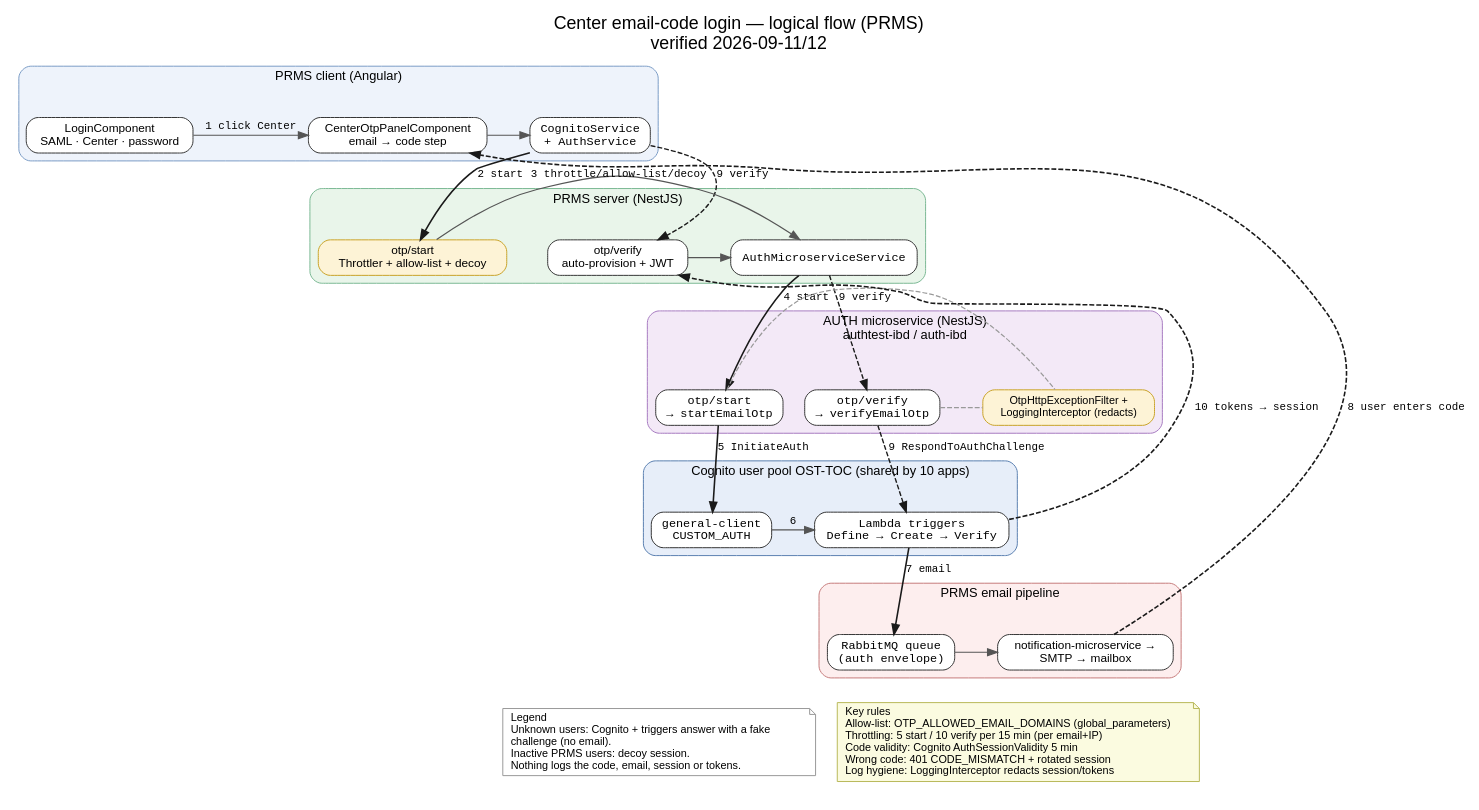
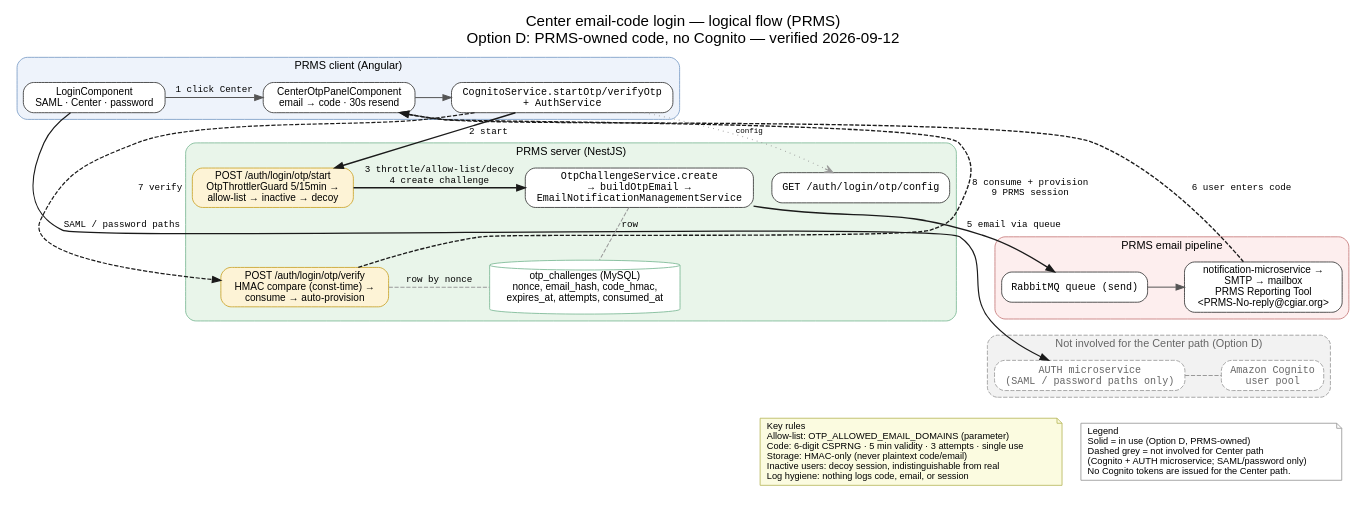
The diagram in docs/auth/center-email-code-login/diagrams/architecture.dot (AllianceBioversityCIAT/onecgiar_pr), drawn with Graphviz before and after one commit. The commit also changed 9 other files, not shown here.

Commit message:
📝 docs(auth) [OTP rev 4]: rewrite the Center email-code login docs for Option D — PRMS-owned code, no Cognito; PROD runbook = deploy PRMS + parameter; infrastructure notes; adoption guide; regenerated diagrams

```diff
--- a/docs/auth/center-email-code-login/diagrams/architecture.dot
+++ b/docs/auth/center-email-code-login/diagrams/architecture.dot
@@ -1,126 +1,116 @@
 digraph CenterEmailCodeLoginArchitecture {
   rankdir=TB;
   newrank=true;
   bgcolor="white";
   fontname="Helvetica";
   labelloc="t";
   fontsize=18;
-  label="Center email-code login — logical flow (PRMS)\nverified 2026-09-11/12";
+  label="Center email-code login — logical flow (PRMS)\nOption D: PRMS-owned code, no Cognito — verified 2026-09-12";
   nodesep=0.3;
   ranksep=0.4;
+  size="19,40";
+  ratio=compress;
 
   node [fontname="Helvetica" shape=box style="rounded,filled" fillcolor="#ffffff" color="#333333" fontsize=12];
   edge [fontname="Courier" fontsize=11 color="#555555" penwidth=1.2];
 
   /* ---------- PRMS client (Angular) — row 1 ---------- */
   subgraph cluster_client {
     label="PRMS client (Angular)";
     style="filled,rounded";
     fillcolor="#eef3fb";
     color="#7a9cc6";
     fontsize=13;
 
     Login [label="LoginComponent\nSAML · Center · password"];
-    OtpPanel [label="CenterOtpPanelComponent\nemail → code step"];
-    CognitoAuth [label="CognitoService\n+ AuthService" fontname="Courier"];
+    OtpPanel [label="CenterOtpPanelComponent\nemail → code · 30s resend"];
+    CognitoAuth [label="CognitoService.startOtp/verifyOtp\n+ AuthService" fontname="Courier"];
 
     { rank=same; Login; OtpPanel; CognitoAuth; }
     Login -> OtpPanel [label="1 click Center"];
     OtpPanel -> CognitoAuth;
   }
 
   /* ---------- PRMS server (NestJS) — row 2 ---------- */
   subgraph cluster_server {
     label="PRMS server (NestJS)";
     style="filled,rounded";
     fillcolor="#e9f5ea";
     color="#7ab894";
     fontsize=13;
 
-    StartNode [label="otp/start\nThrottler + allow-list + decoy" style="rounded,filled" fillcolor="#fdf3d6" color="#c9a227"];
-    VerifyNode [label="otp/verify\nauto-provision + JWT"];
-    MsClient [label="AuthMicroserviceService" fontname="Courier"];
+    ConfigNode [label="GET /auth/login/otp/config" fontname="Courier"];
+    StartNode [label="POST /auth/login/otp/start\nOtpThrottlerGuard 5/15min →\nallow-list → inactive → decoy" style="rounded,filled" fillcolor="#fdf3d6" color="#c9a227"];
+    ChallengeSvc [label="OtpChallengeService.create\n→ buildOtpEmail →\nEmailNotificationManagementService" fontname="Courier"];
+    VerifyNode [label="POST /auth/login/otp/verify\nHMAC compare (const-time) →\nconsume → auto-provision" style="rounded,filled" fillcolor="#fdf3d6" color="#c9a227"];
+    OtpTable [label="otp_challenges (MySQL)\nnonce, email_hash, code_hmac,\nexpires_at, attempts, consumed_at" shape=cylinder style="filled" fillcolor="#ffffff" color="#7ab894"];
 
-    { rank=same; StartNode; VerifyNode; MsClient; }
-    StartNode -> MsClient [label="3 throttle/allow-list/decoy"];
-    VerifyNode -> MsClient;
+    { rank=same; ConfigNode; StartNode; ChallengeSvc; }
+    { rank=same; VerifyNode; OtpTable; }
+
+    ChallengeSvc -> OtpTable [label="row" style=dashed color="#999999" arrowhead=none];
+    VerifyNode -> OtpTable [label="row by nonce" style=dashed color="#999999" arrowhead=none];
   }
 
-  /* ---------- AUTH microservice — row 3 ---------- */
-  subgraph cluster_authms {
-    label="AUTH microservice (NestJS)\nauthtest-ibd / auth-ibd";
-    style="filled,rounded";
-    fillcolor="#f3e9f7";
-    color="#a67ac0";
-    fontsize=13;
-
-    MsStart [label="otp/start\n→ startEmailOtp" fontname="Courier"];
-    MsVerify [label="otp/verify\n→ verifyEmailOtp" fontname="Courier"];
-    UtilNote [label="OtpHttpExceptionFilter +\nLoggingInterceptor (redacts)" fontsize=11 style="rounded,filled" fillcolor="#fdf3d6" color="#c9a227"];
-
-    { rank=same; MsStart; MsVerify; UtilNote; }
-    MsStart -> UtilNote [style=dashed arrowhead=none color="#999999"];
-    MsVerify -> UtilNote [style=dashed arrowhead=none color="#999999"];
-  }
-
-  /* ---------- Cognito user pool — row 4 ---------- */
-  subgraph cluster_cognito {
-    label="Cognito user pool OST-TOC (shared by 10 apps)";
-    style="filled,rounded";
-    fillcolor="#e7eef9";
-    color="#5a7fb0";
-    fontsize=13;
-
-    AppClient [label="general-client\nCUSTOM_AUTH" fontname="Courier"];
-    Triggers [label="Lambda triggers\nDefine → Create → Verify" fontname="Courier"];
-
-    { rank=same; AppClient; Triggers; }
-    AppClient -> Triggers [label="6"];
-  }
-
-  /* ---------- PRMS email pipeline — row 5 ---------- */
+  /* ---------- PRMS email pipeline — row 3 ---------- */
   subgraph cluster_email {
     label="PRMS email pipeline";
     style="filled,rounded";
     fillcolor="#fdeeee";
     color="#c67a7a";
     fontsize=13;
 
-    Queue [label="RabbitMQ queue\n(auth envelope)" fontname="Courier"];
-    Pipeline [label="notification-microservice →\nSMTP → mailbox"];
+    Queue [label="RabbitMQ queue (send)" fontname="Courier"];
+    Pipeline [label="notification-microservice →\nSMTP → mailbox\nPRMS Reporting Tool\n<PRMS-No-reply@cgiar.org>"];
 
     { rank=same; Queue; Pipeline; }
     Queue -> Pipeline;
   }
 
+  /* ---------- Not involved for Center path (Option D) — row 4 ---------- */
+  subgraph cluster_not_involved {
+    label="Not involved for the Center path (Option D)";
+    style="filled,rounded,dashed";
+    fillcolor="#f2f2f2";
+    color="#999999";
+    fontsize=13;
+    fontcolor="#666666";
+
+    CognitoPool [label="Amazon Cognito\nuser pool" fontname="Courier" style="rounded,dashed,filled" fillcolor="#ffffff" color="#999999" fontcolor="#666666"];
+    AuthMs [label="AUTH microservice\n(SAML / password paths only)" fontname="Courier" style="rounded,dashed,filled" fillcolor="#ffffff" color="#999999" fontcolor="#666666"];
+
+    { rank=same; AuthMs; CognitoPool; }
+    AuthMs -> CognitoPool [style=dashed color="#999999" arrowhead=none];
+  }
+
   /* ---------- Numbered flow edges across rows (top-to-bottom) ---------- */
+  CognitoAuth -> ConfigNode [label="config" style=dotted color="#999999" fontsize=9 arrowhead=vee];
   CognitoAuth -> StartNode [label="2 start" color="#1a1a1a" penwidth=1.6];
-  MsClient -> MsStart [label="4 start" color="#1a1a1a" penwidth=1.6];
-  MsStart -> AppClient [label="5 InitiateAuth" color="#1a1a1a" penwidth=1.6];
-  Triggers -> Queue [label="7 email" color="#1a1a1a" penwidth=1.6];
+  StartNode -> ChallengeSvc [color="#1a1a1a" penwidth=1.6 label="3 throttle/allow-list/decoy\n4 create challenge"];
+  ChallengeSvc -> Queue [label="5 email via queue" color="#1a1a1a" penwidth=1.6];
+  CognitoAuth -> VerifyNode [label="7 verify" color="#1a1a1a" penwidth=1.4 style=dashed];
 
-  /* verify forward chain (dashed to distinguish from start chain) */
-  CognitoAuth -> VerifyNode [label="9 verify" color="#1a1a1a" penwidth=1.4 style=dashed];
-  MsClient -> MsVerify [label="9 verify" color="#1a1a1a" penwidth=1.4 style=dashed];
-  MsVerify -> Triggers [label="9 RespondToAuthChallenge" color="#1a1a1a" penwidth=1.4 style=dashed];
+  /* SAML / password paths — solid edge to the greyed-out cluster (drawn without affecting rank order) */
+  Login -> AuthMs [label="SAML / password paths" color="#1a1a1a" penwidth=1.4 constraint=false];
+  Pipeline -> AuthMs [style=invis];
 
   /* backward edges — drawn without affecting rank order */
-  Pipeline -> OtpPanel [label="8 user enters code" style=dashed color="#1a1a1a" penwidth=1.6 constraint=false];
-  Triggers -> VerifyNode [label="10 tokens → session" style=dashed color="#1a1a1a" penwidth=1.6 constraint=false];
+  Pipeline -> OtpPanel [label="6 user enters code" style=dashed color="#1a1a1a" penwidth=1.6 constraint=false];
+  VerifyNode -> OtpPanel [label="8 consume + provision\n9 PRMS session" style=dashed color="#1a1a1a" penwidth=1.6 constraint=false];
 
   /* ---------- Key rules + Legend, below everything ---------- */
   subgraph cluster_notes {
     label="";
     style=invis;
     { rank=same; KeyRules; LegendNote; }
 
     KeyRules [shape=note style="filled" fillcolor="#fbfbe0" color="#b8b85a" fontsize=11 fontname="Helvetica"
-      label="Key rules\lAllow-list: OTP_ALLOWED_EMAIL_DOMAINS (global_parameters)\lThrottling: 5 start / 10 verify per 15 min (per email+IP)\lCode validity: Cognito AuthSessionValidity 5 min\lWrong code: 401 CODE_MISMATCH + rotated session\lLog hygiene: LoggingInterceptor redacts session/tokens\l"];
+      label="Key rules\lAllow-list: OTP_ALLOWED_EMAIL_DOMAINS (parameter)\lCode: 6-digit CSPRNG · 5 min validity · 3 attempts · single use\lStorage: HMAC-only (never plaintext code/email)\lInactive users: decoy session, indistinguishable from real\lLog hygiene: nothing logs code, email, or session\l"];
 
     LegendNote [shape=note style="filled" fillcolor="#ffffff" color="#999999" fontsize=11 fontname="Helvetica"
-      label="Legend\lUnknown users: Cognito + triggers answer with a fake\lchallenge (no email).\lInactive PRMS users: decoy session.\lNothing logs the code, email, session or tokens.\l"];
+      label="Legend\lSolid = in use (Option D, PRMS-owned)\lDashed grey = not involved for Center path\l(Cognito + AUTH microservice; SAML/password only)\lNo Cognito tokens are issued for the Center path.\l"];
   }
 
   Pipeline -> KeyRules [style=invis];
-  VerifyNode -> LegendNote [style=invis];
+  CognitoPool -> LegendNote [style=invis];
 }
```
